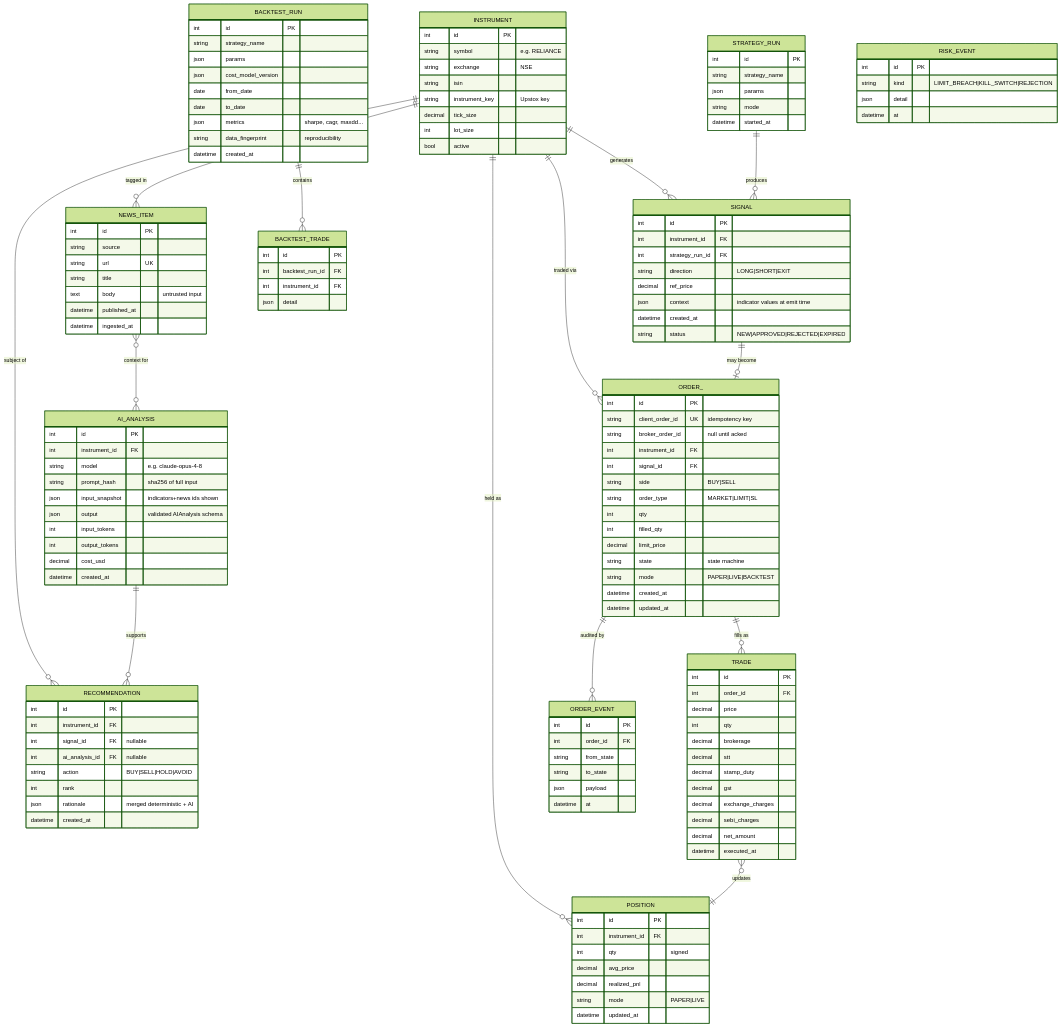
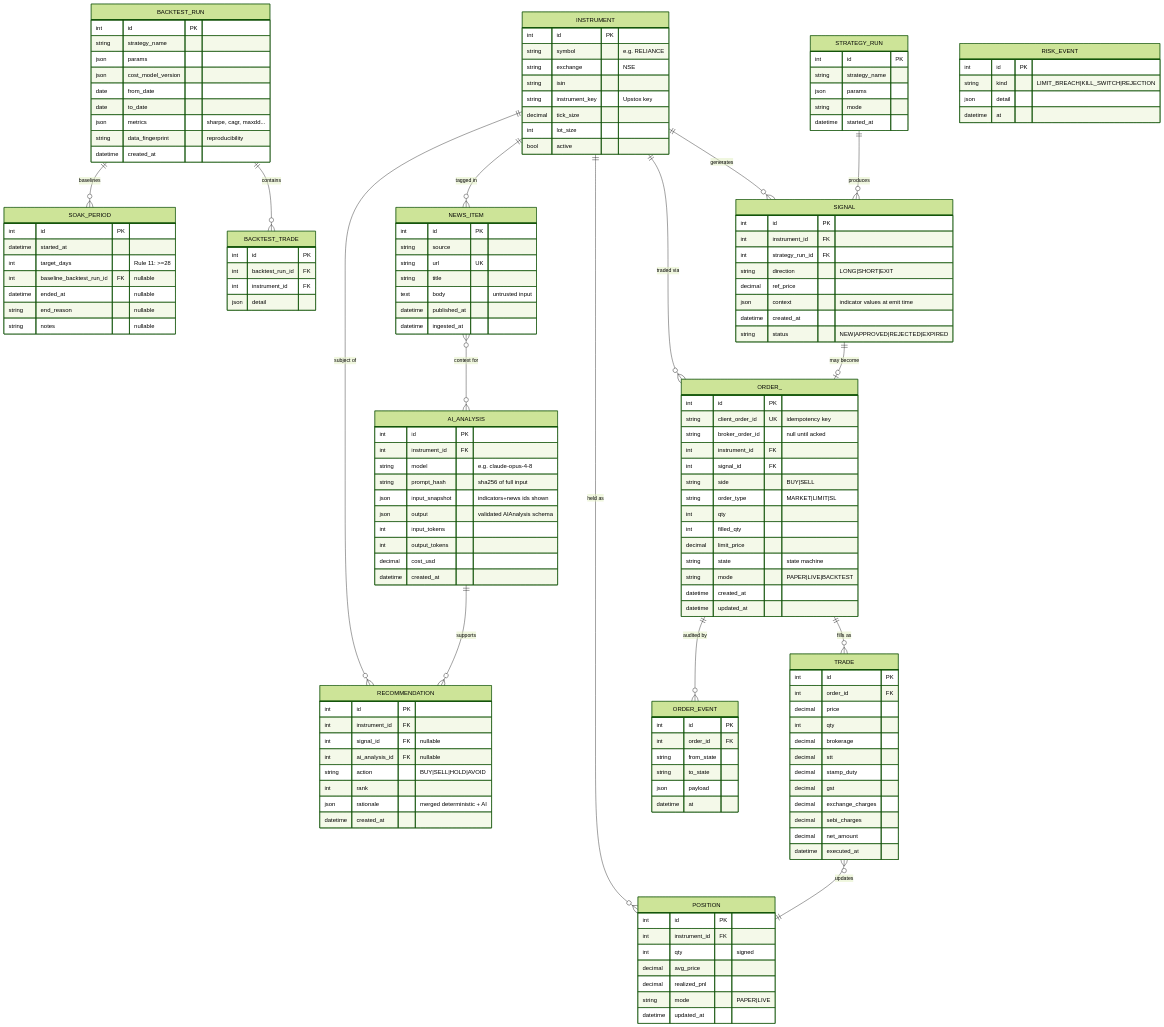
The diagram in docs/architecture/02-data-model.md (Chiragpachauri01/PersonalTrade), drawn with Mermaid (forest theme) before and after one commit. The commit also changed other lines of this file and 15 other files, not shown here.

````diff
--- a/docs/architecture/02-data-model.md
+++ b/docs/architecture/02-data-model.md
@@ -28,6 +28,7 @@
     AI_ANALYSIS ||--o{ RECOMMENDATION : "supports"
     NEWS_ITEM }o--o{ AI_ANALYSIS : "context for"
     BACKTEST_RUN ||--o{ BACKTEST_TRADE : "contains"
+    BACKTEST_RUN ||--o{ SOAK_PERIOD : "baselines"
 
     INSTRUMENT {
         int id PK
@@ -157,4 +158,13 @@
         int instrument_id FK
         json detail
     }
+    SOAK_PERIOD {
+        int id PK
+        datetime started_at
+        int target_days "Rule 11: >=28"
+        int baseline_backtest_run_id FK "nullable"
+        datetime ended_at "nullable"
+        string end_reason "nullable"
+        string notes "nullable"
+    }
 ```
````
